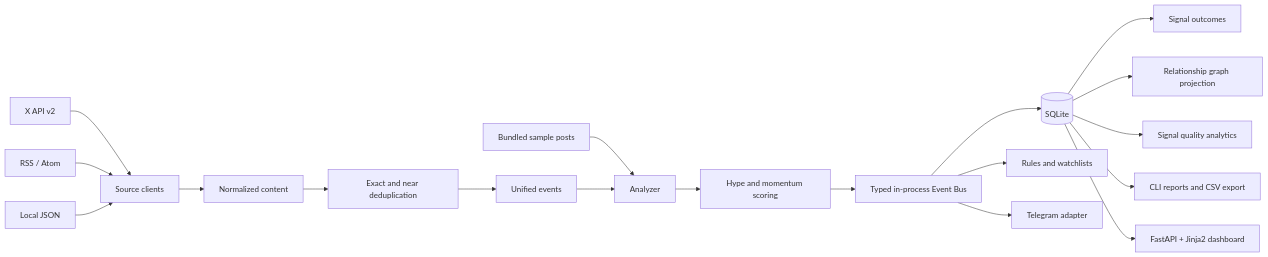
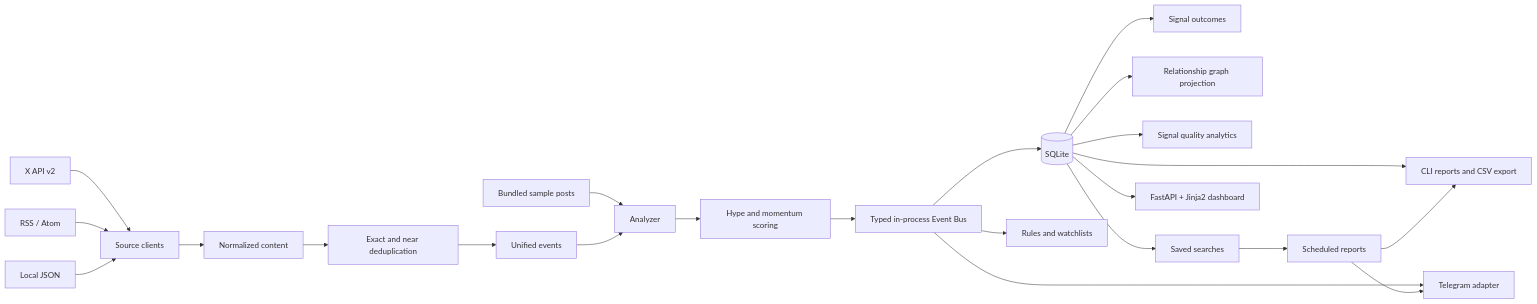
The diagram in docs/architecture.md (NBSq/X-tracker), drawn with Mermaid before and after one commit. The commit also changed other lines of this file and 38 other files, not shown here.

Commit message:
Add saved searches and scheduled reports

````diff
--- a/docs/architecture.md
+++ b/docs/architecture.md
@@ -5,21 +5,25 @@
 ```mermaid
 flowchart LR
     X["X API v2"] --> Clients["Source clients"]
     RSS["RSS / Atom"] --> Clients
     JSON["Local JSON"] --> Clients
     Sample["Bundled sample posts"] --> Analyze["Analyzer"]
     Clients --> Normalize["Normalized content"]
     Normalize --> Dedupe["Exact and near deduplication"]
     Dedupe --> Events["Unified events"]
     Events --> Analyze
     Analyze --> Score["Hype and momentum scoring"]
     Score --> Bus["Typed in-process Event Bus"]
     Bus --> DB[("SQLite")]
     Bus --> Rules["Rules and watchlists"]
     Bus --> Telegram["Telegram adapter"]
     DB --> Outcomes["Signal outcomes"]
     DB --> Graph["Relationship graph projection"]
     DB --> Quality["Signal quality analytics"]
     DB --> Reports["CLI reports and CSV export"]
+    DB --> Saved["Saved searches"]
+    Saved --> Scheduler["Scheduled reports"]
+    Scheduler --> Telegram
+    Scheduler --> Reports
     DB --> API["FastAPI + Jinja2 dashboard"]
 ```
````
